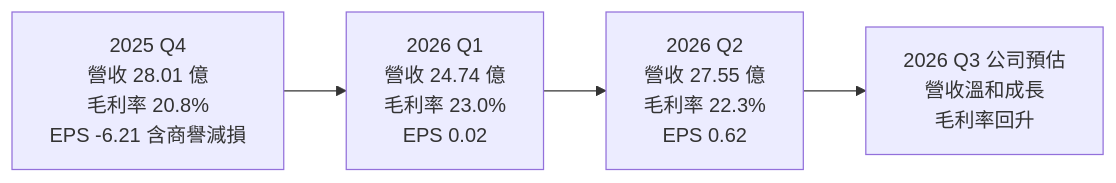
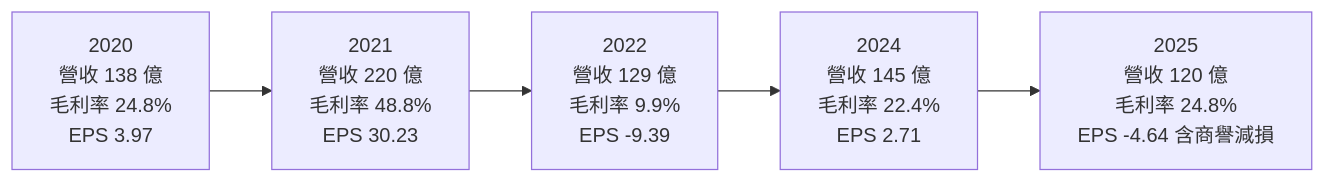
Before and after one commit to wangnick1004/taiwan-stock-vault: the second of 3 diagrams in 個股/台股/3545敦泰.md, drawn with Mermaid. The commit also changed other lines of this file and 142 other files, not shown here.

````diff
--- a/個股/台股/3545敦泰.md
+++ b/個股/台股/3545敦泰.md
@@ -124,4 +127,4 @@
 ```mermaid
 flowchart LR
-    A["2025 Q4<br/>營收 28.01 億<br/>毛利率 20.8%<br/>EPS -6.21 含商譽減損"] --> B["2026 Q1<br/>營收 24.74 億<br/>毛利率 23.0%<br/>EPS 0.02"] --> C["2026 Q2<br/>營收 27.55 億<br/>毛利率 22.3%<br/>EPS 0.62"] --> D["2026 Q3 公司預估<br/>營收溫和成長<br/>毛利率回升"]
+    A["2020<br/>營收 138 億<br/>毛利率 24.8%<br/>EPS 3.97"] --> B["2021<br/>營收 220 億<br/>毛利率 48.8%<br/>EPS 30.23"] --> C["2022<br/>營收 129 億<br/>毛利率 9.9%<br/>EPS -9.39"] --> D["2024<br/>營收 145 億<br/>毛利率 22.4%<br/>EPS 2.71"] --> E["2025<br/>營收 120 億<br/>毛利率 24.8%<br/>EPS -4.64 含商譽減損"]
 ```
````
